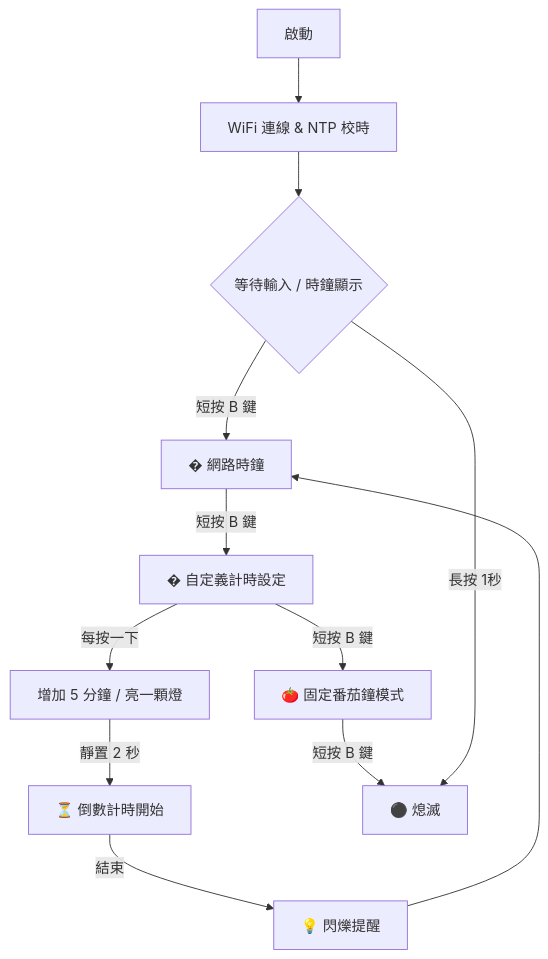
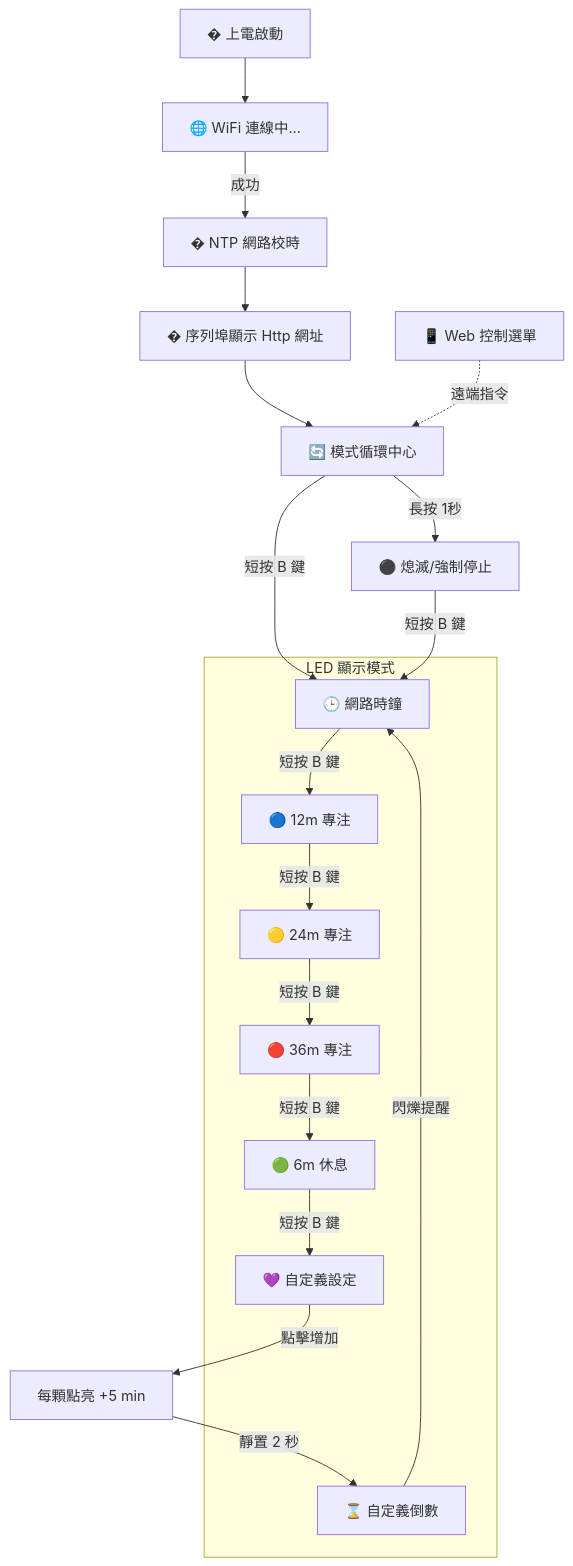
One commit to crazy0927/ESP32-C3FN4 changed the diagram in README.md. Above: the diagram before and after it, drawn with Mermaid. The commit also changed other lines of this file and 1 other file, not shown here.

Commit message:
chore: upgrade to v18.1 - rich web UI, enhanced serial debug and documentation

````diff
--- a/README.md
+++ b/README.md
@@ -28,19 +13,38 @@
 ```mermaid
 graph TD
-    Start[啟動] --> WiFi[WiFi 連線 & NTP 校時]
-    WiFi --> Wait{等待輸入 / 時鐘顯示}
+    %% 啟動階段
+    Power[� 上電啟動] --> WiFiConnect[🌐 WiFi 連線中...]
+    WiFiConnect -- 成功 --> NTP[� NTP 網路校時]
+    NTP --> SerialURL[� 序列埠顯示 Http 網址]
     
-    Wait -- 短按 B 鍵 --> Mode_Clock[� 網路時鐘]
-    Mode_Clock -- 短按 B 鍵 --> Mode_Set[� 自定義計時設定]
+    %% 狀態循環
+    SerialURL --> MainCycle[🔄 模式循環中心]
     
-    Mode_Set -- 每按一下 --> AddTime[增加 5 分鐘 / 亮一顆燈]
-    AddTime -- 靜置 2 秒 --> Mode_Run[⏳ 倒數計時開始]
+    subgraph "LED 顯示模式"
+        Clock[🕒 網路時鐘]
+        Pomo12[🔵 12m 專注]
+        Pomo24[🟡 24m 專注]
+        Pomo36[🔴 36m 專注]
+        Pomo6[🟢 6m 休息]
+        TimerSet[💜 自定義設定]
+        TimerRun[⌛ 自定義倒數]
+    end
     
-    Mode_Run -- 結束 --> Alarm[💡 閃爍提醒]
-    Alarm --> Mode_Clock
+    %% 邏輯操作
+    MainCycle -- 短按 B 鍵 --> Clock
+    Clock -- 短按 B 鍵 --> Pomo12
+    Pomo12 -- 短按 B 鍵 --> Pomo24
+    Pomo24 -- 短按 B 鍵 --> Pomo36
+    Pomo36 -- 短按 B 鍵 --> Pomo6
+    Pomo6 -- 短按 B 鍵 --> TimerSet
     
-    Mode_Set -- 短按 B 鍵 --> Pomo[🍅 固定番茄鐘模式]
-    Pomo -- 短按 B 鍵 --> Off[⚫ 熄滅]
+    %% 自定義計時邏輯
+    TimerSet -- 點擊增加 --> Minutes5[每顆點亮 +5 min]
+    Minutes5 -- 靜置 2 秒 --> TimerRun
+    TimerRun -- 閃爍提醒 --> Clock
     
-    Wait -- 長按 1秒 --> Off
+    %% Web 與 其他
+    WebRemote[📱 Web 控制選單] -. 遠端指令 .-> MainCycle
+    MainCycle -- 長按 1秒 --> Off[⚫ 熄滅/強制停止]
+    Off -- 短按 B 鍵 --> Clock
 ```
````
